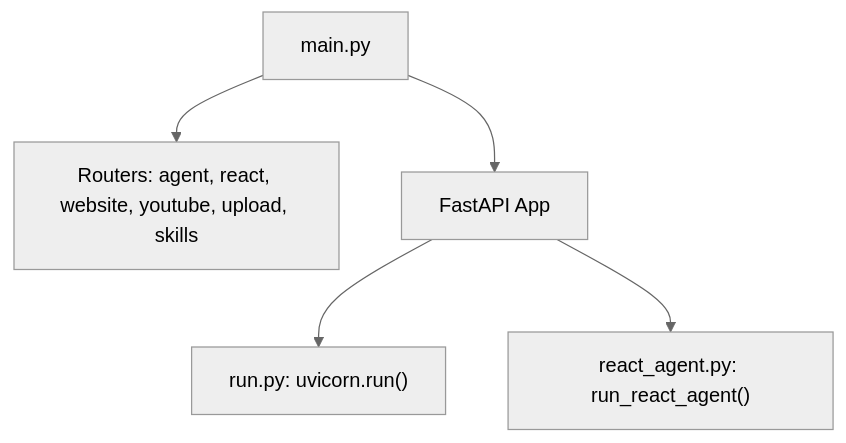
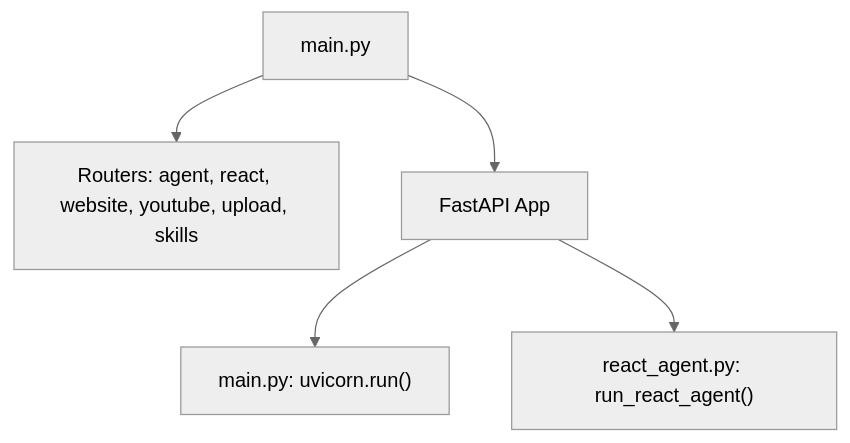
Before and after one commit to tashifkhan/tashif.codes: the seventh of 8 diagrams in src/data/docs/agentic-browser/System Architecture/Component Interactions and Data Flow.md, drawn with Mermaid (neutral theme). The commit also changed other lines of this file and 2128 other files, not shown here.

First line of the commit message:
docs: replace raster diagram images with native Mermaid across project guides

````diff
--- a/src/data/docs/agentic-browser/System Architecture/Component Interactions and Data Flow.md
+++ b/src/data/docs/agentic-browser/System Architecture/Component Interactions and Data Flow.md
@@ -189,7 +184,7 @@
 ```mermaid
 graph TB
 API["main.py"] --> Routers["Routers: agent, react, website, youtube, upload, skills"]
 API --> App["FastAPI App"]
-App --> Uvicorn["run.py: uvicorn.run()"]
+App --> Uvicorn["main.py: uvicorn.run()"]
 App --> REACT["react_agent.py: run_react_agent()"]
 ```
````
